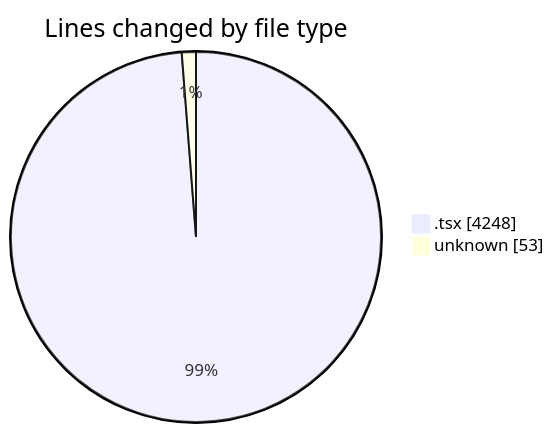
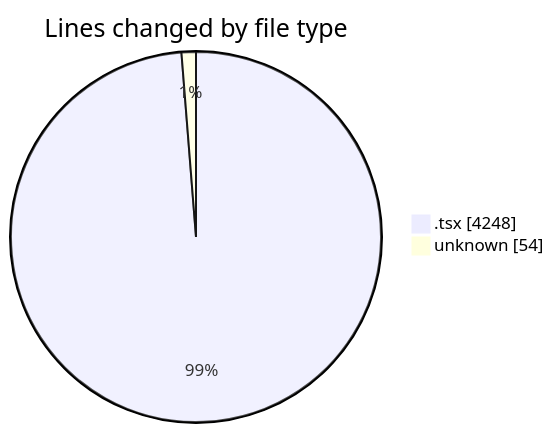
Before and after one commit to JenPaints/code-tracking: the first of 2 diagrams in 2025-05-29/kimberly-groups/README.md, drawn with Mermaid. The commit also changed other lines of this file and 1 other file, not shown here.

````diff
--- a/2025-05-29/kimberly-groups/README.md
+++ b/2025-05-29/kimberly-groups/README.md
@@ -30,6 +30,6 @@
 ```mermaid
 pie showData
 title Lines changed by file type
 ".tsx" : 4248
-"unknown" : 53
+"unknown" : 54
 ```
````
